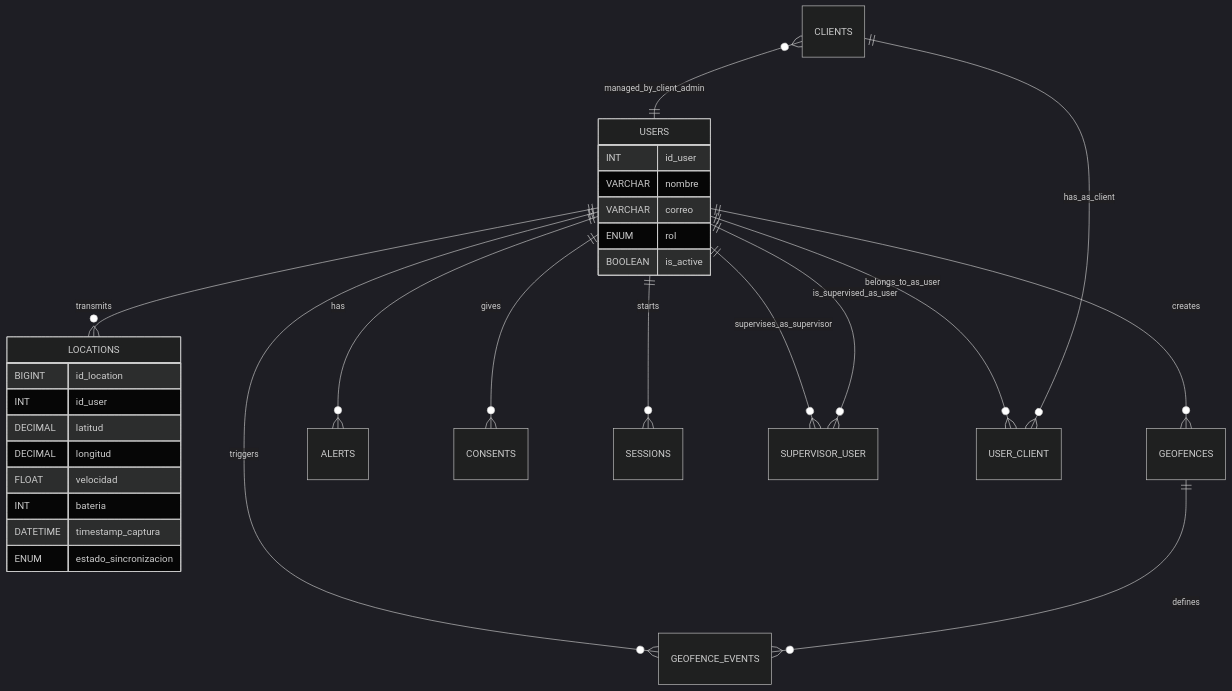
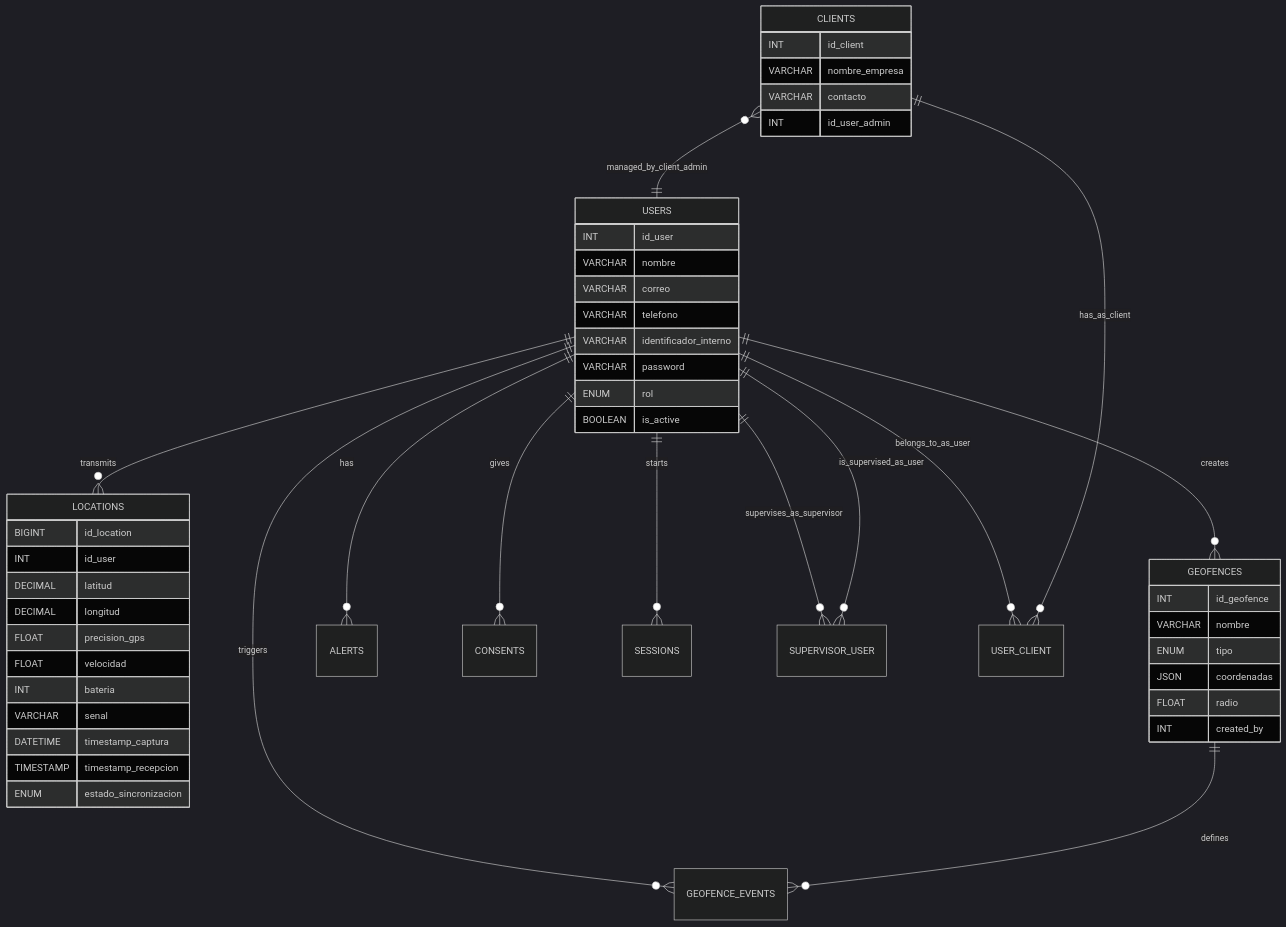
Before and after one commit to RastreadorUCOL/rastreador: the diagram in docs/04_data_layer.md, drawn with Mermaid (dark theme). The commit also changed other lines of this file and 12 other files, not shown here.

````diff
--- a/docs/04_data_layer.md
+++ b/docs/04_data_layer.md
@@ -26,38 +22,60 @@
 ```mermaid
 erDiagram
     USERS ||--o{ LOCATIONS : transmits
     USERS ||--o{ GEOFENCES : creates
     USERS ||--o{ GEOFENCE_EVENTS : triggers
     USERS ||--o{ ALERTS : has
     USERS ||--o{ CONSENTS : gives
     USERS ||--o{ SESSIONS : starts
     
     USERS ||--o{ SUPERVISOR_USER : supervises_as_supervisor
     USERS ||--o{ SUPERVISOR_USER : is_supervised_as_user
     
     USERS ||--o{ USER_CLIENT : belongs_to_as_user
     CLIENTS ||--o{ USER_CLIENT : has_as_client
     
     CLIENTS }o--|| USERS : managed_by_client_admin
     
     GEOFENCES ||--o{ GEOFENCE_EVENTS : defines
     
     LOCATIONS {
         BIGINT id_location
         INT id_user
         DECIMAL latitud
         DECIMAL longitud
+        FLOAT precision_gps
         FLOAT velocidad
         INT bateria
+        VARCHAR senal
         DATETIME timestamp_captura
+        TIMESTAMP timestamp_recepcion
         ENUM estado_sincronizacion
     }
     
     USERS {
         INT id_user
         VARCHAR nombre
         VARCHAR correo
+        VARCHAR telefono
+        VARCHAR identificador_interno
+        VARCHAR password
         ENUM rol
         BOOLEAN is_active
     }
+
+    CLIENTS {
+        INT id_client
+        VARCHAR nombre_empresa
+        VARCHAR contacto
+        INT id_user_admin
+    }
+
+    GEOFENCES {
+        INT id_geofence
+        VARCHAR nombre
+        ENUM tipo
+        JSON coordenadas
+        FLOAT radio
+        INT created_by
+    }
 ```
````
